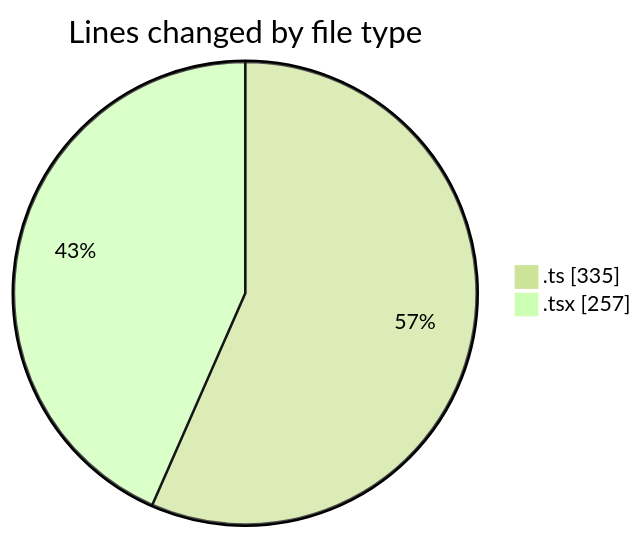
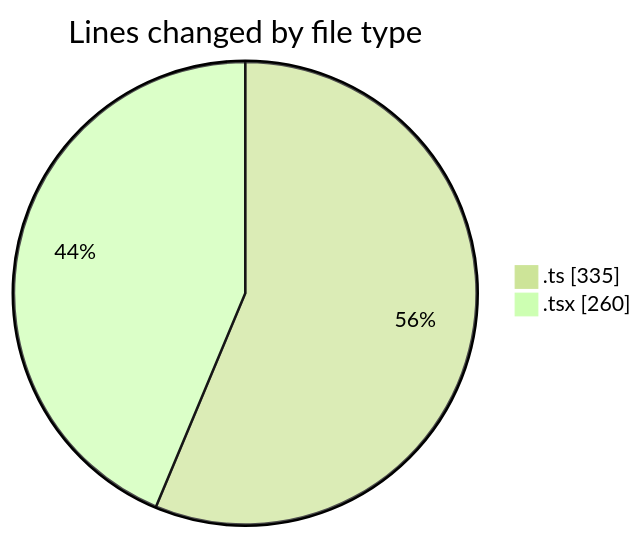
Before and after one commit to momahboobian/code-tracking: the first of 2 diagrams in 2025-09-02/cda/README.md, drawn with Mermaid (forest theme). The commit also changed other lines of this file and 1 other file, not shown here.

````diff
--- a/2025-09-02/cda/README.md
+++ b/2025-09-02/cda/README.md
@@ -23,6 +23,6 @@
 ```mermaid
 pie showData
 title Lines changed by file type
 ".ts" : 335
-".tsx" : 257
+".tsx" : 260
 ```
````
